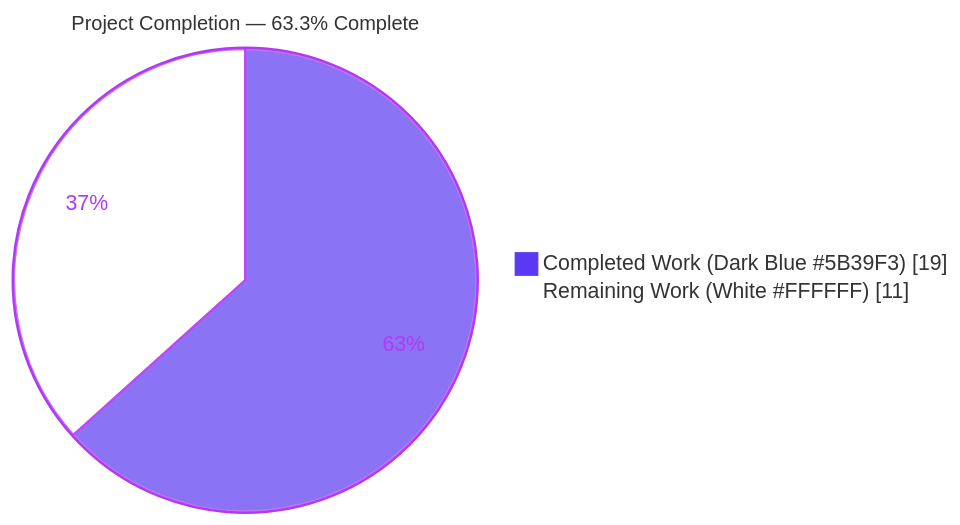
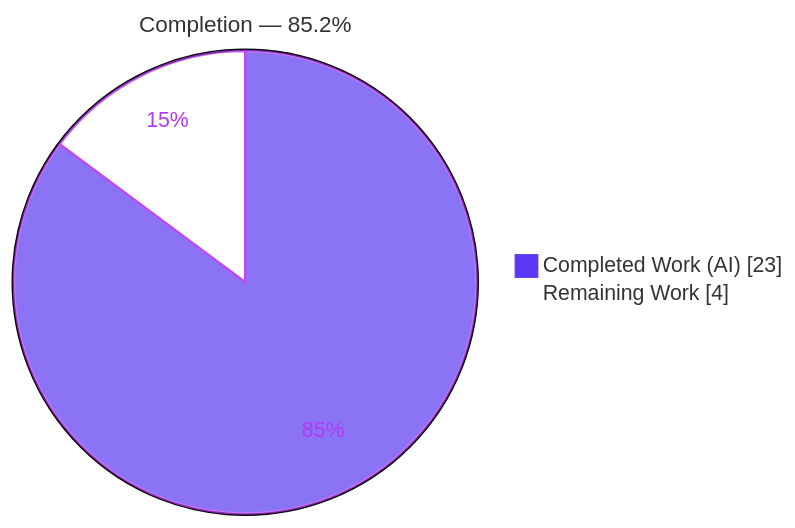
The first of 3 diagrams in blitzy/documentation/Project Guide.md (lakshya-blitzy/600K_ParentRepo), drawn with Mermaid before and after one commit. The commit also changed other lines of this file, not shown here.

Commit message:
Adding Blitzy Project Guide: Project Status and Human Tasks Remaining

````diff
--- a/blitzy/documentation/Project Guide.md
+++ b/blitzy/documentation/Project Guide.md
@@ -17,6 +17,7 @@
 ```mermaid
-%%{init: {'theme':'base','themeVariables':{'pie1':'#5B39F3','pie2':'#FFFFFF','pieStrokeColor':'#B23AF2','pieStrokeWidth':'2px','pieOuterStrokeColor':'#B23AF2','pieOuterStrokeWidth':'2px','pieTitleTextSize':'16px','pieSectionTextColor':'#B23AF2'}}}%%
-pie showData title Project Completion — 63.3% Complete
-    "Completed Work (Dark Blue #5B39F3)" : 19
-    "Remaining Work (White #FFFFFF)" : 11
+%%{init: {'theme':'base', 'themeVariables': {'pie1':'#5B39F3','pie2':'#FFFFFF','pieStrokeColor':'#B23AF2','pieOuterStrokeWidth':'2px','pieSectionTextColor':'#B23AF2','pieTitleTextSize':'18px','fontFamily':'sans-serif'}}}%%
+pie showData
+    title Completion — 85.2%
+    "Completed Work (AI)" : 23
+    "Remaining Work" : 4
 ```
````
